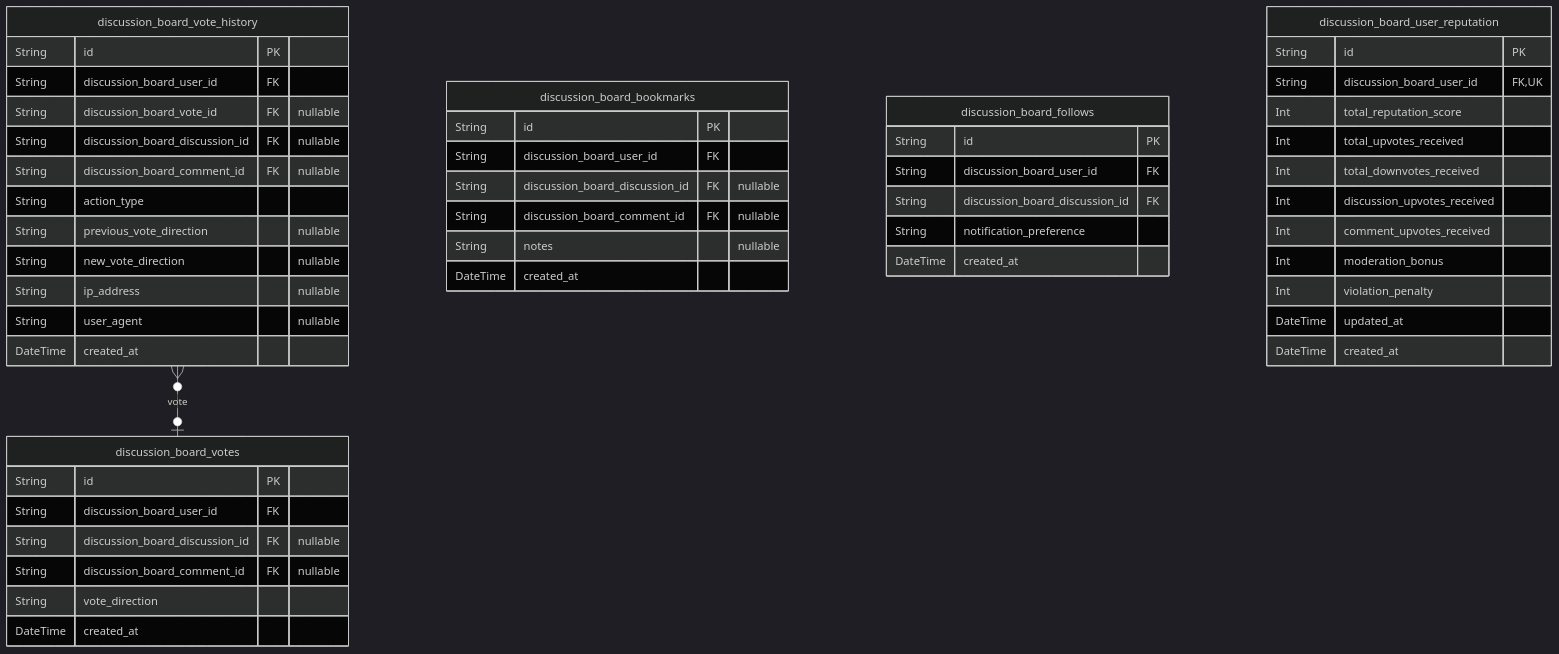
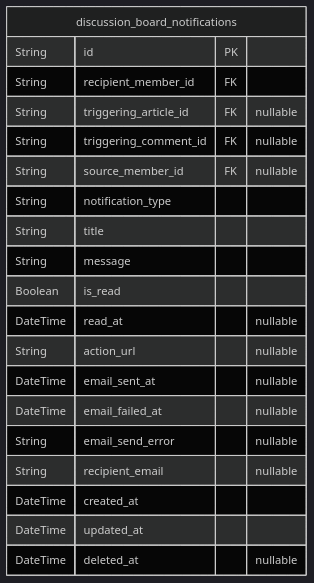
One commit to wrtnlabs/autobe-examples changed the sixth of 6 diagrams in anthropic/claude-haiku-4.5/bbs/docs/ERD.md. Above: the diagram before and after it, drawn with Mermaid (dark theme). The commit also changed other lines of this file and 16146 other files, not shown here.

````diff
--- a/anthropic/claude-haiku-4.5/bbs/docs/ERD.md
+++ b/anthropic/claude-haiku-4.5/bbs/docs/ERD.md
@@ -1028,53 +643,23 @@
 ```mermaid
 erDiagram
-"discussion_board_votes" {
+"discussion_board_notifications" {
   String id PK
-  String discussion_board_user_id FK
-  String discussion_board_discussion_id FK "nullable"
-  String discussion_board_comment_id FK "nullable"
-  String vote_direction
+  String recipient_member_id FK
+  String triggering_article_id FK "nullable"
+  String triggering_comment_id FK "nullable"
+  String source_member_id FK "nullable"
+  String notification_type
+  String title
+  String message
+  Boolean is_read
+  DateTime read_at "nullable"
+  String action_url "nullable"
+  DateTime email_sent_at "nullable"
+  DateTime email_failed_at "nullable"
+  String email_send_error "nullable"
+  String recipient_email "nullable"
   DateTime created_at
+  DateTime updated_at
+  DateTime deleted_at "nullable"
 }
-"discussion_board_vote_history" {
-  String id PK
-  String discussion_board_user_id FK
-  String discussion_board_vote_id FK "nullable"
-  String discussion_board_discussion_id FK "nullable"
-  String discussion_board_comment_id FK "nullable"
-  String action_type
-  String previous_vote_direction "nullable"
-  String new_vote_direction "nullable"
-  String ip_address "nullable"
-  String user_agent "nullable"
-  DateTime created_at
-}
-"discussion_board_bookmarks" {
-  String id PK
-  String discussion_board_user_id FK
-  String discussion_board_discussion_id FK "nullable"
-  String discussion_board_comment_id FK "nullable"
-  String notes "nullable"
-  DateTime created_at
-}
-"discussion_board_follows" {
-  String id PK
-  String discussion_board_user_id FK
-  String discussion_board_discussion_id FK
-  String notification_preference
-  DateTime created_at
-}
-"discussion_board_user_reputation" {
-  String id PK
-  String discussion_board_user_id FK,UK
-  Int total_reputation_score
-  Int total_upvotes_received
-  Int total_downvotes_received
-  Int discussion_upvotes_received
-  Int comment_upvotes_received
-  Int moderation_bonus
-  Int violation_penalty
-  DateTime updated_at
-  DateTime created_at
-}
-"discussion_board_vote_history" }o--o| "discussion_board_votes" : vote
 ```
````
